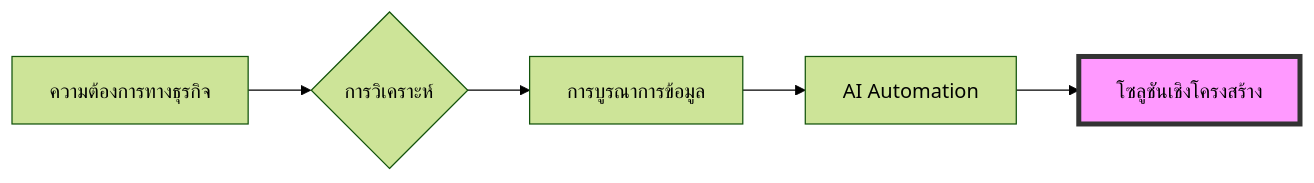
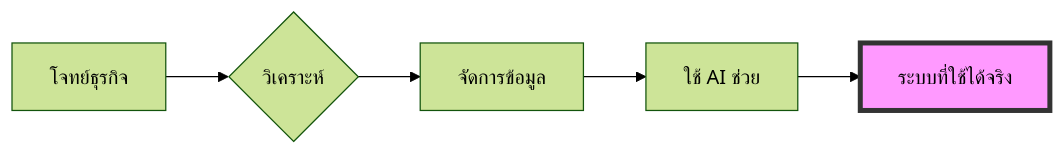
Before and after one commit to welltilln/welltilln: the diagram in docs/README-TH.md, drawn with Mermaid (forest theme). The commit also changed other lines of this file and 3 other files, not shown here.

````diff
--- a/docs/README-TH.md
+++ b/docs/README-TH.md
@@ -116,9 +112,9 @@
 ```mermaid
 graph LR
-    A[ความต้องการทางธุรกิจ] --> B{การวิเคราะห์}
-    B --> C[การบูรณาการข้อมูล]
-    C --> D[AI Automation]
-    D --> E[โซลูชันเชิงโครงสร้าง]
+    A[โจทย์ธุรกิจ] --> B{วิเคราะห์}
+    B --> C[จัดการข้อมูล]
+    C --> D[ใช้ AI ช่วย]
+    D --> E[ระบบที่ใช้ได้จริง]
     
     style E fill:#f9f,stroke:#333,stroke-width:4px
 ```
````
